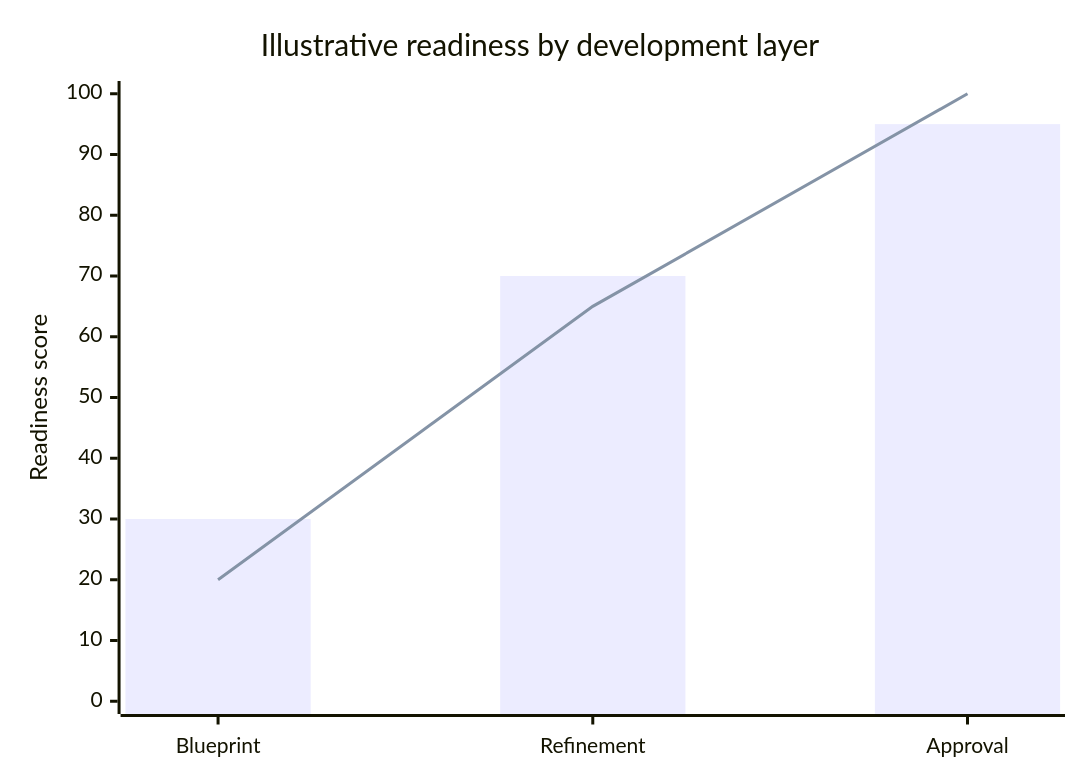
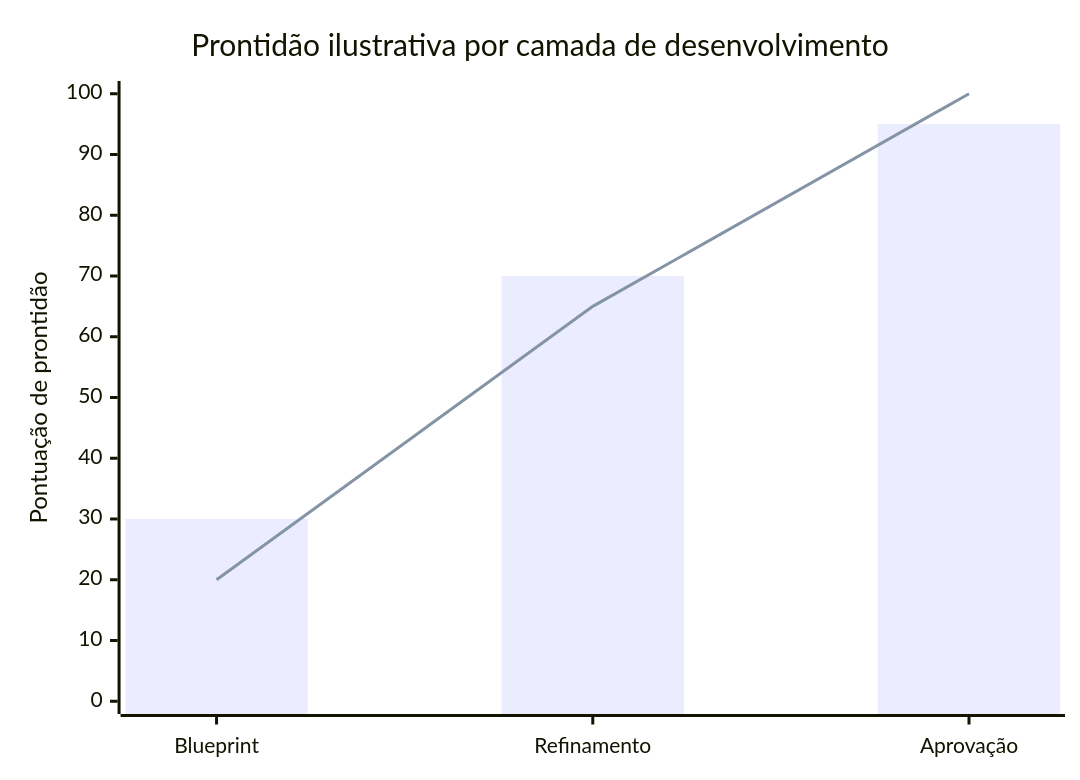
Before and after one commit to pratofeitoo/the-new-hub-proj-dev-2: the fifth of 5 diagrams in 00-project-control/framework/HUB_Three-Layer_Project_Development_Framework.md, drawn with Mermaid. The commit also changed other lines of this file and 46 other files, not shown here.

````diff
--- a/00-project-control/framework/HUB_Three-Layer_Project_Development_Framework.md
+++ b/00-project-control/framework/HUB_Three-Layer_Project_Development_Framework.md
@@ -160,8 +171,8 @@
 ```mermaid
 xychart-beta
-    title "Illustrative readiness by development layer"
-    x-axis [Blueprint, Refinement, Approval]
-    y-axis "Readiness score" 0 --> 100
+    title "Prontidão ilustrativa por camada de desenvolvimento"
+    x-axis ["Blueprint", "Refinamento", "Aprovação"]
+    y-axis "Pontuação de prontidão" 0 --> 100
     bar [30, 70, 95]
     line [20, 65, 100]
 ```
````
